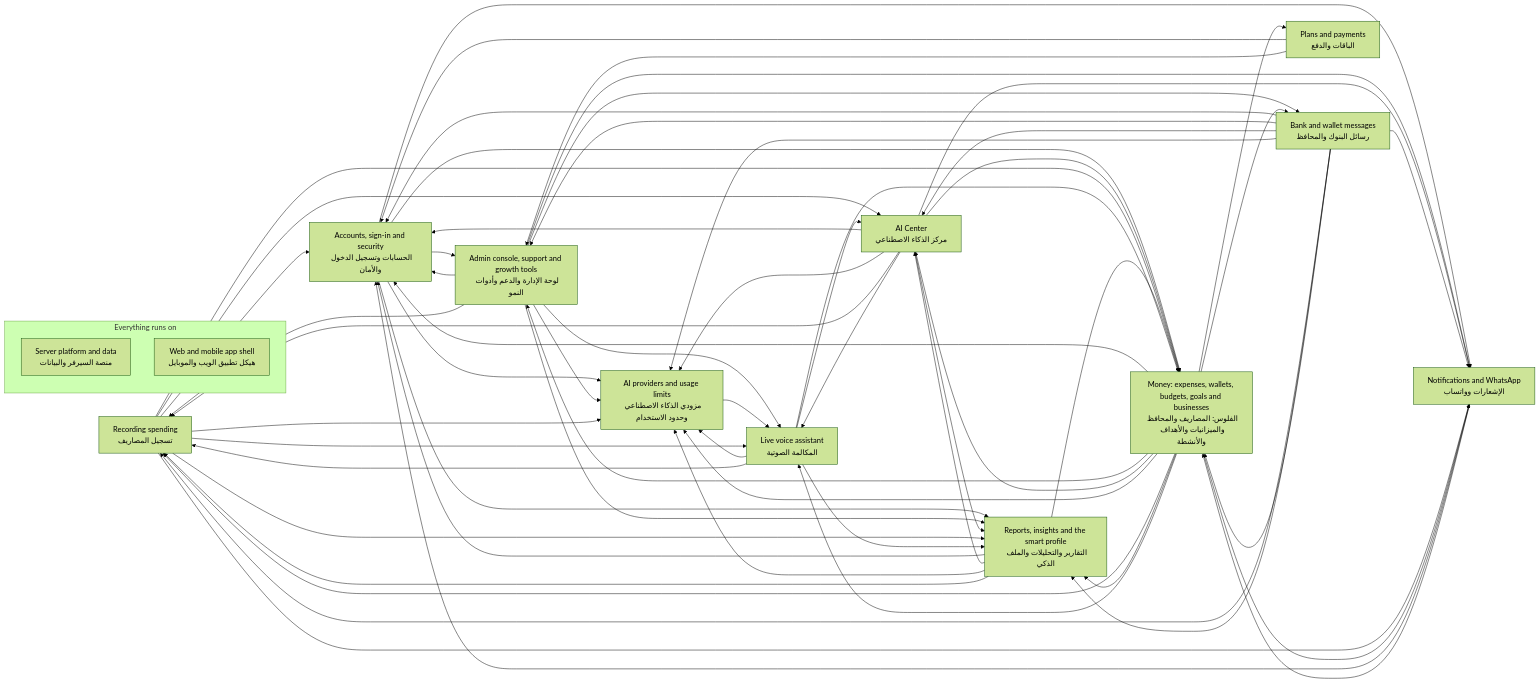
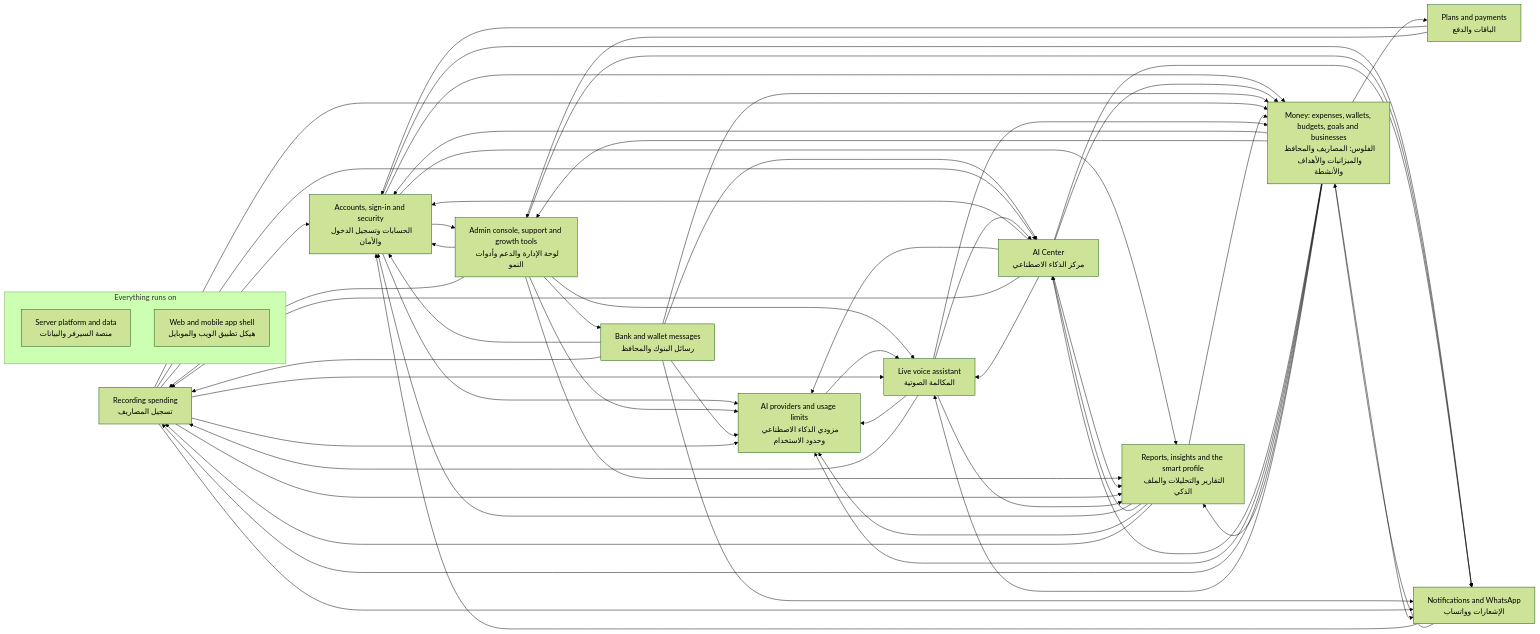
Before and after one commit to mahmoudtaherr111/smartspend_mini_all: the diagram in docs/atlas/systems/README.md, drawn with Mermaid (forest theme). The commit also changed other lines of this file and 62 other files, not shown here.

````diff
--- a/docs/atlas/systems/README.md
+++ b/docs/atlas/systems/README.md
@@ -15,77 +15,74 @@
 ```mermaid
 flowchart LR
   sys_expense_capture["Recording spending<br/>تسجيل المصاريف"]
   sys_bank_messages["Bank and wallet messages<br/>رسائل البنوك والمحافظ"]
   sys_voice_calls["Live voice assistant<br/>المكالمة الصوتية"]
   sys_ai_center["AI Center<br/>مركز الذكاء الاصطناعي"]
   sys_insights["Reports, insights and the smart profile<br/>التقارير والتحليلات والملف الذكي"]
   sys_money["Money: expenses, wallets, budgets, goals and businesses<br/>الفلوس: المصاريف والمحافظ والميزانيات والأهداف والأنشطة"]
   sys_accounts["Accounts, sign-in and security<br/>الحسابات وتسجيل الدخول والأمان"]
   sys_billing["Plans and payments<br/>الباقات والدفع"]
   sys_notifications["Notifications and WhatsApp<br/>الإشعارات وواتساب"]
   sys_admin["Admin console, support and growth tools<br/>لوحة الإدارة والدعم وأدوات النمو"]
   sys_ai_platform["AI providers and usage limits<br/>مزودي الذكاء الاصطناعي وحدود الاستخدام"]
   subgraph g_foundation["Everything runs on"]
     sys_platform["Server platform and data<br/>منصة السيرفر والبيانات"]
     sys_web_app["Web and mobile app shell<br/>هيكل تطبيق الويب والموبايل"]
   end
   sys_accounts --> sys_admin
   sys_accounts --> sys_ai_platform
   sys_accounts --> sys_insights
   sys_accounts --> sys_money
   sys_accounts --> sys_notifications
   sys_admin --> sys_accounts
   sys_admin --> sys_ai_platform
   sys_admin --> sys_bank_messages
   sys_admin --> sys_expense_capture
   sys_admin --> sys_insights
   sys_admin --> sys_notifications
   sys_admin --> sys_voice_calls
   sys_ai_center --> sys_accounts
   sys_ai_center --> sys_ai_platform
   sys_ai_center --> sys_expense_capture
   sys_ai_center --> sys_insights
   sys_ai_center --> sys_money
   sys_ai_center --> sys_notifications
   sys_ai_center --> sys_voice_calls
   sys_ai_platform --> sys_voice_calls
   sys_bank_messages --> sys_accounts
-  sys_bank_messages --> sys_admin
   sys_bank_messages --> sys_ai_center
   sys_bank_messages --> sys_ai_platform
   sys_bank_messages --> sys_expense_capture
-  sys_bank_messages --> sys_insights
   sys_bank_messages --> sys_money
   sys_bank_messages --> sys_notifications
   sys_billing --> sys_accounts
   sys_billing --> sys_admin
   sys_expense_capture --> sys_accounts
   sys_expense_capture --> sys_ai_center
   sys_expense_capture --> sys_ai_platform
   sys_expense_capture --> sys_insights
   sys_expense_capture --> sys_money
   sys_expense_capture --> sys_notifications
   sys_expense_capture --> sys_voice_calls
   sys_insights --> sys_accounts
   sys_insights --> sys_ai_center
   sys_insights --> sys_ai_platform
   sys_insights --> sys_expense_capture
   sys_insights --> sys_money
   sys_money --> sys_accounts
   sys_money --> sys_admin
   sys_money --> sys_ai_center
   sys_money --> sys_ai_platform
-  sys_money --> sys_bank_messages
   sys_money --> sys_billing
   sys_money --> sys_expense_capture
   sys_money --> sys_insights
   sys_money --> sys_notifications
   sys_money --> sys_voice_calls
   sys_notifications --> sys_accounts
   sys_notifications --> sys_money
   sys_voice_calls --> sys_ai_center
   sys_voice_calls --> sys_ai_platform
   sys_voice_calls --> sys_expense_capture
   sys_voice_calls --> sys_insights
   sys_voice_calls --> sys_money
 ```
````
